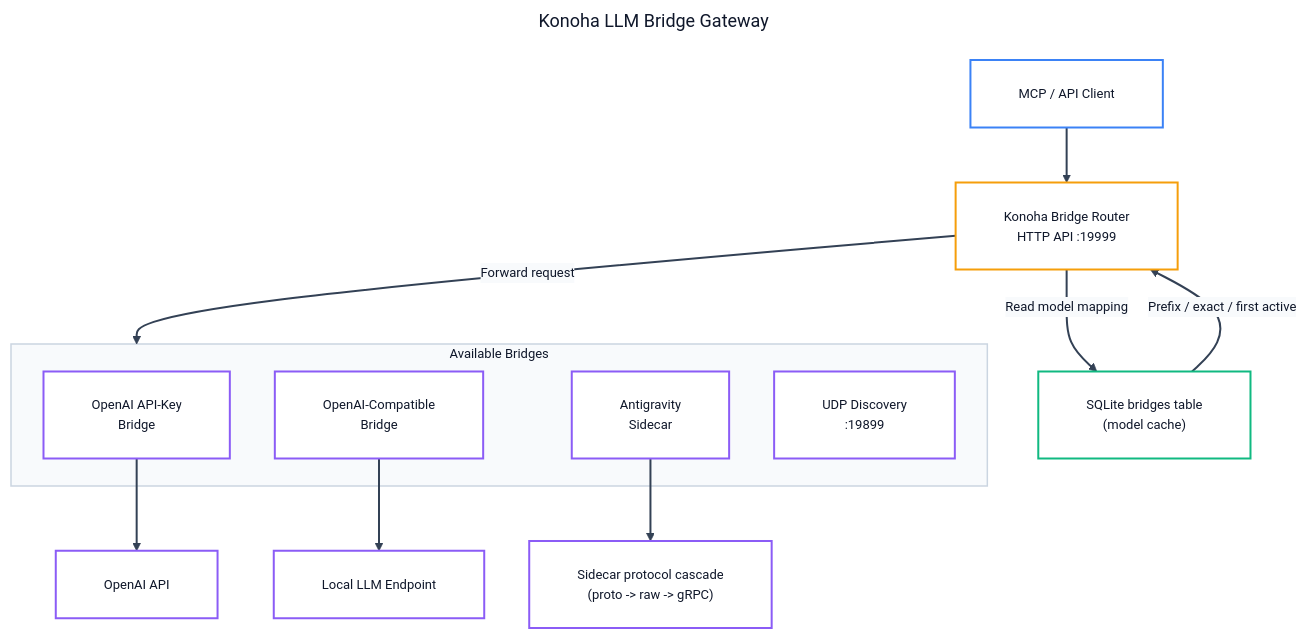
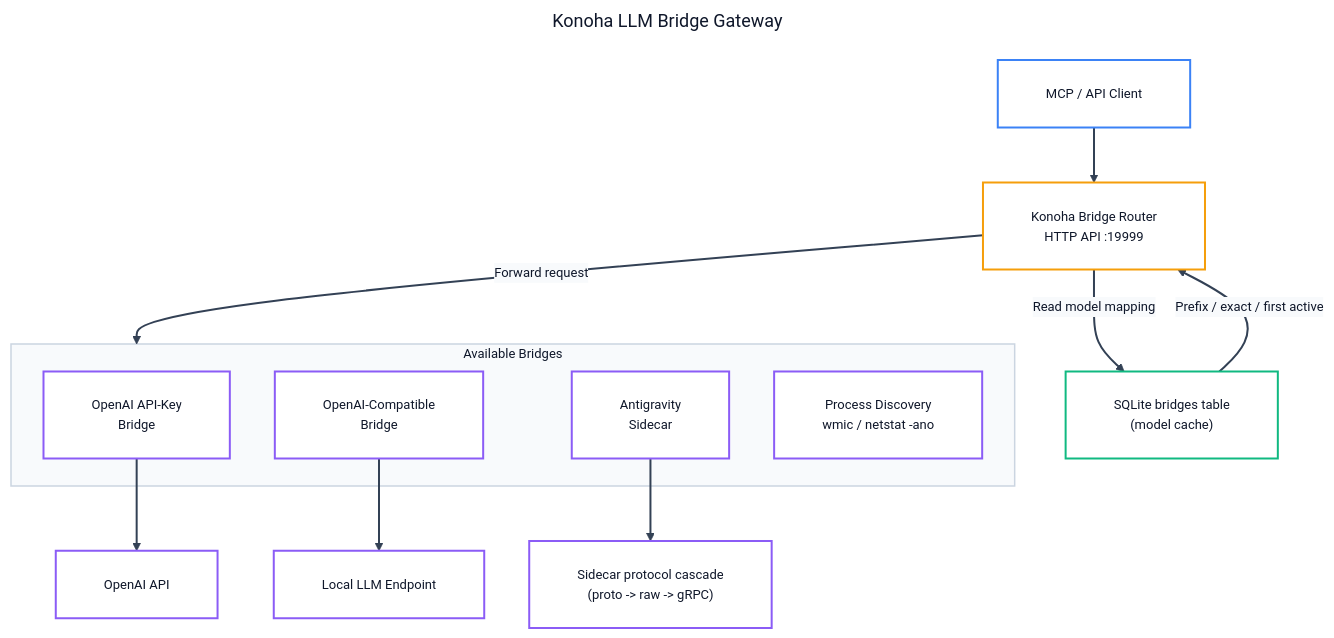
One commit to andycungkrinx91/konoha changed the diagram in docs/LLM-BRIDGE-GATEWAY.md. Above: the diagram before and after it, drawn with Mermaid. The commit also changed other lines of this file and 184 other files, not shown here.

````diff
--- a/docs/LLM-BRIDGE-GATEWAY.md
+++ b/docs/LLM-BRIDGE-GATEWAY.md
@@ -11,54 +11,54 @@
 ```mermaid
 ---
 title: Konoha LLM Bridge Gateway
 config:
   theme: base
   themeVariables:
     darkMode: false
     background: '#ffffff'
     mainBkg: '#ffffff'
     primaryColor: '#ffffff'
     primaryTextColor: '#0f172a'
     primaryBorderColor: '#3b82f6'
     lineColor: '#334155'
     arrowheadColor: '#334155'
     secondaryColor: '#f8fafc'
     tertiaryColor: '#ffffff'
     fontFamily: 'Inter, system-ui, -apple-system, sans-serif'
     fontSize: '13px'
   flowchart:
     nodeSpacing: 45
     rankSpacing: 55
     padding: 24
     wrappingWidth: 380
 ---
 flowchart TB
     Client["MCP / API Client"] --> Gateway["Konoha Bridge Router<br/>HTTP API :19999"]
     Gateway -->|Read model mapping| Bridges["SQLite bridges table<br/>(model cache)"]
     Bridges -->|Prefix / exact / first active| Gateway
 
     subgraph BridgesLayer ["Available Bridges"]
         OpenAI["OpenAI API-Key<br/>Bridge"]
         Compatible["OpenAI-Compatible<br/>Bridge"]
         Antigravity["Antigravity<br/>Sidecar"]
-        Discovery["UDP Discovery<br/>:19899"]
+        Discovery["Process Discovery<br/>wmic / netstat -ano"]
     end
 
     Gateway -->|Forward request| BridgesLayer
     OpenAI --> OpenAIAPI["OpenAI API"]
     Compatible --> Local["Local LLM Endpoint"]
     Antigravity --> Cascade["Sidecar protocol cascade<br/>(proto -> raw -> gRPC)"]
 
     linkStyle default stroke:#334155,stroke-width:2px;
     style BridgesLayer fill:#f8fafc,stroke:#cbd5e1,stroke-width:1.5px,color:#0f172a;
 
     classDef clientNode fill:#ffffff,stroke:#3b82f6,color:#0f172a,stroke-width:2px;
     classDef gatewayNode fill:#ffffff,stroke:#f59e0b,color:#0f172a,stroke-width:2px;
     classDef bridgeNode fill:#ffffff,stroke:#8b5cf6,color:#0f172a,stroke-width:2px;
     classDef storageNode fill:#ffffff,stroke:#10b981,color:#0f172a,stroke-width:2px;
 
     class Client clientNode;
     class Gateway gatewayNode;
     class OpenAI,Compatible,Antigravity,OpenAIAPI,Local,Cascade,Discovery bridgeNode;
     class Bridges storageNode;
 ```
````
